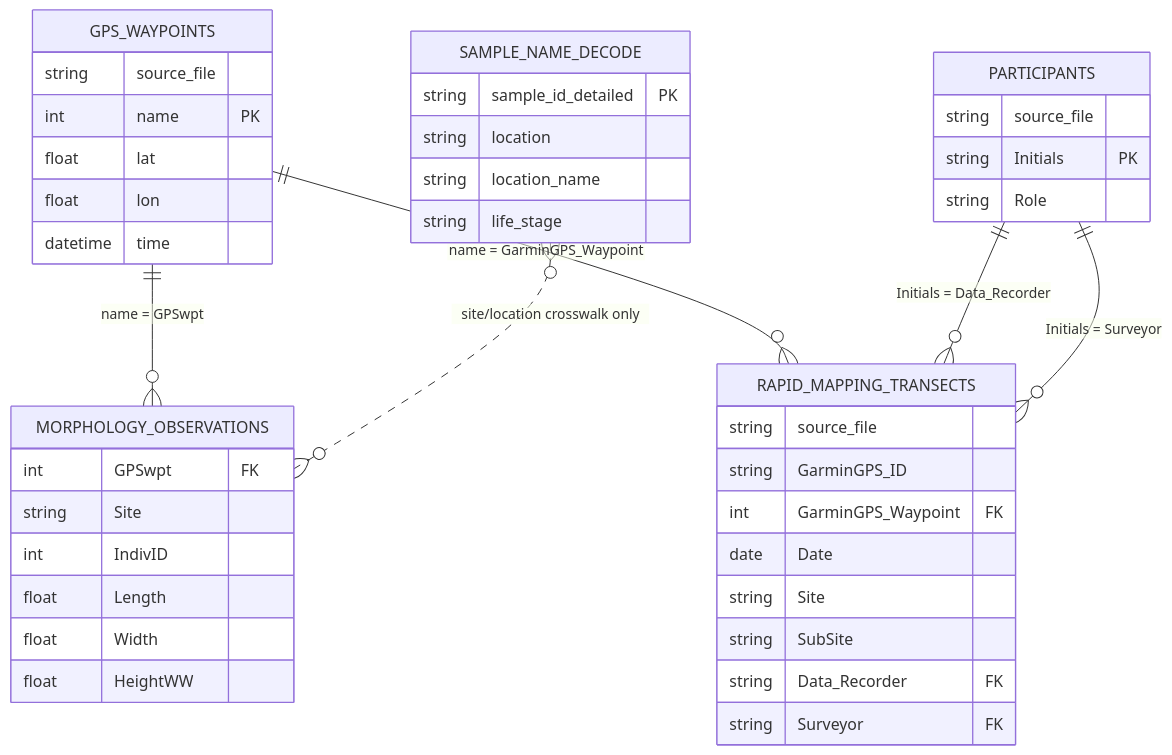
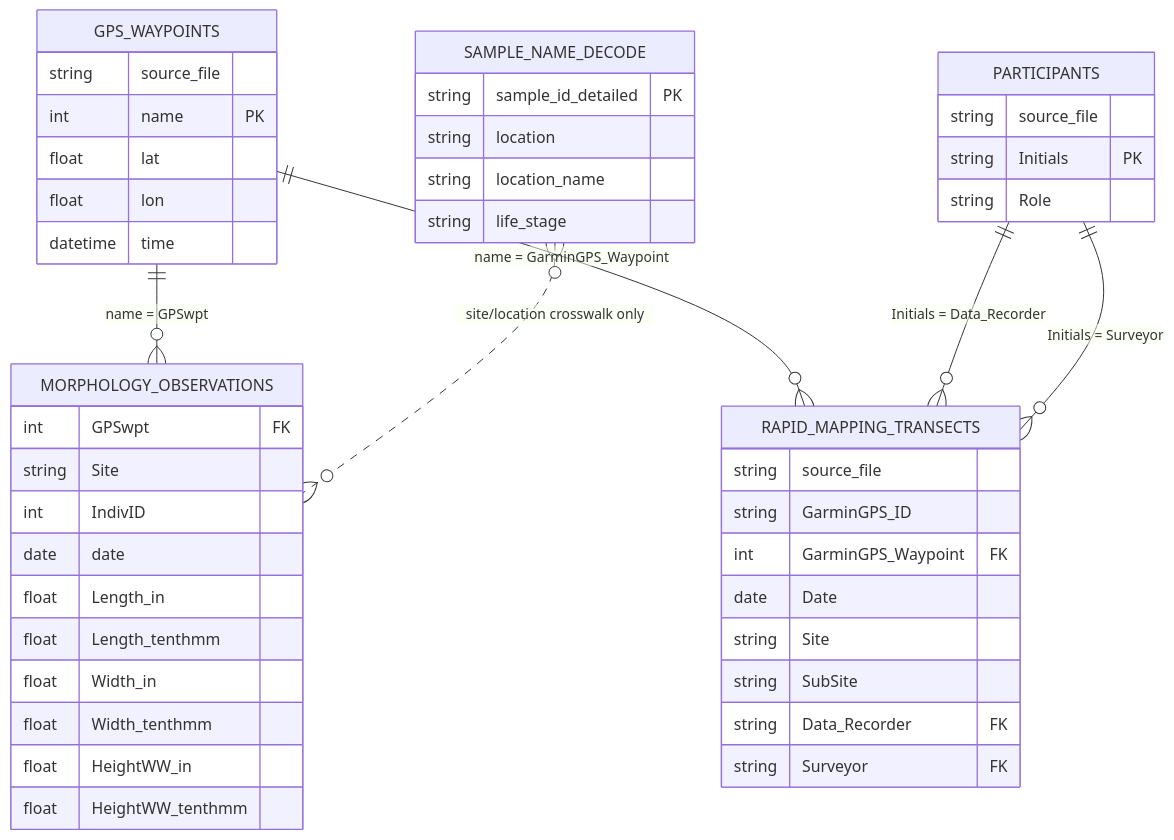
Before and after one commit to cbirdlab/shell-morphology_vs_microhabitat: the diagram in data/README.md, drawn with Mermaid. The commit also changed other lines of this file and 7 other files, not shown here.

````diff
--- a/data/README.md
+++ b/data/README.md
@@ -23,45 +23,49 @@
 ```mermaid
 erDiagram
     MORPHOLOGY_OBSERVATIONS {
         int GPSwpt FK
         string Site
         int IndivID
-        float Length
-        float Width
-        float HeightWW
+        date date
+        float Length_in
+        float Length_tenthmm
+        float Width_in
+        float Width_tenthmm
+        float HeightWW_in
+        float HeightWW_tenthmm
     }
     RAPID_MAPPING_TRANSECTS {
         string source_file
         string GarminGPS_ID
         int GarminGPS_Waypoint FK
         date Date
         string Site
         string SubSite
         string Data_Recorder FK
         string Surveyor FK
     }
     GPS_WAYPOINTS {
         string source_file
         int name PK
         float lat
         float lon
         datetime time
     }
     PARTICIPANTS {
         string source_file
         string Initials PK
         string Role
     }
     SAMPLE_NAME_DECODE {
         string sample_id_detailed PK
         string location
         string location_name
         string life_stage
     }
 
     GPS_WAYPOINTS ||--o{ MORPHOLOGY_OBSERVATIONS : "name = GPSwpt"
     GPS_WAYPOINTS ||--o{ RAPID_MAPPING_TRANSECTS : "name = GarminGPS_Waypoint"
     PARTICIPANTS ||--o{ RAPID_MAPPING_TRANSECTS : "Initials = Data_Recorder"
     PARTICIPANTS ||--o{ RAPID_MAPPING_TRANSECTS : "Initials = Surveyor"
     SAMPLE_NAME_DECODE }o..o{ MORPHOLOGY_OBSERVATIONS : "site/location crosswalk only"
 ```
````
